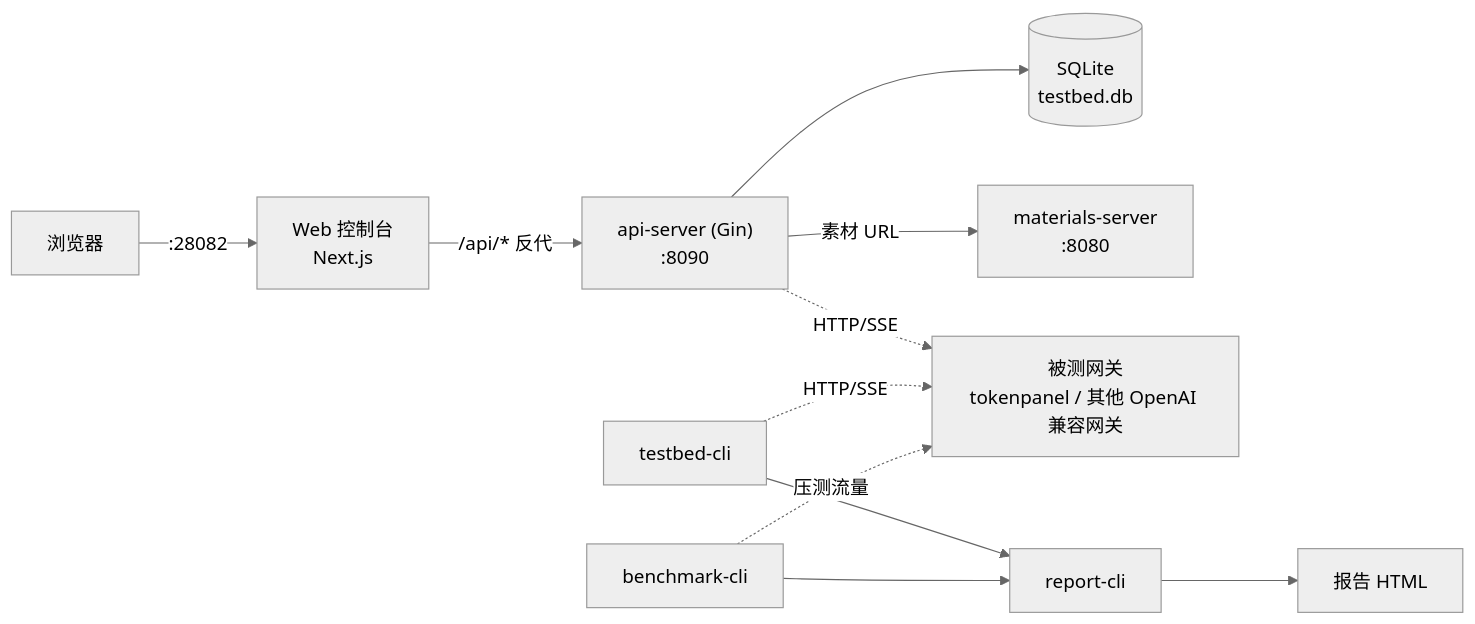
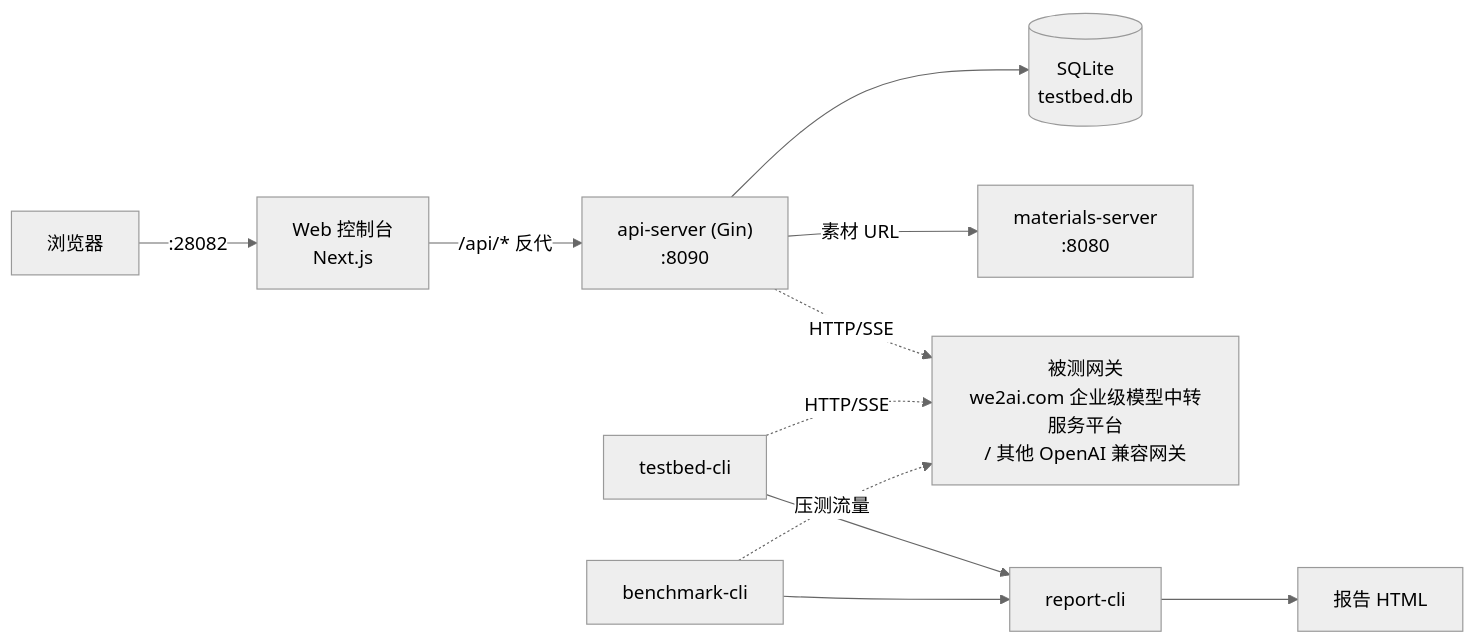
One commit to imleoo/ModelTesting changed the diagram in README.md. Above: the diagram before and after it, drawn with Mermaid (neutral theme). The commit also changed other lines of this file and 9 other files, not shown here.

First line of the commit message:
docs: 新增 Web 控制台使用章节与配图，回填 v0.6 验收口径

````diff
--- a/README.md
+++ b/README.md
@@ -9,14 +9,14 @@
 ```mermaid
 graph LR
   U["浏览器"] -->|":28082"| WEB["Web 控制台<br/>Next.js"]
   WEB -->|"/api/* 反代"| API["api-server (Gin)<br/>:8090"]
   API --> DB[("SQLite<br/>testbed.db")]
   API -->|"素材 URL"| MS["materials-server<br/>:8080"]
-  API -.->|"HTTP/SSE"| SUT["被测网关<br/>tokenpanel / 其他 OpenAI 兼容网关"]
+  API -.->|"HTTP/SSE"| SUT["被测网关<br/>we2ai.com 企业级模型中转服务平台<br/>/ 其他 OpenAI 兼容网关"]
 
   TBC["testbed-cli"] -.->|"HTTP/SSE"| SUT
   BMC["benchmark-cli"] -.->|"压测流量"| SUT
   RPC["report-cli"] --> RPT["报告 HTML"]
   TBC --> RPC
   BMC --> RPC
 ```
````
